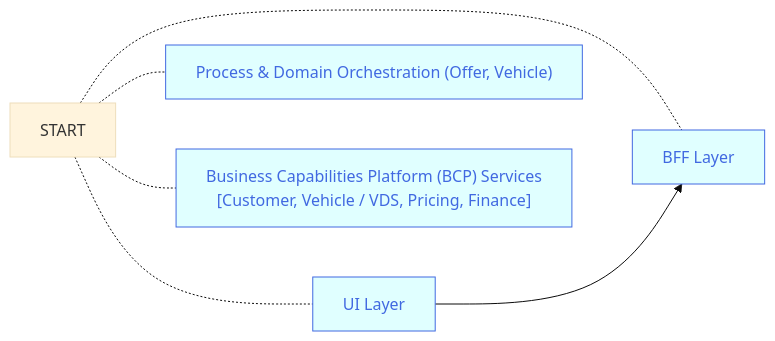
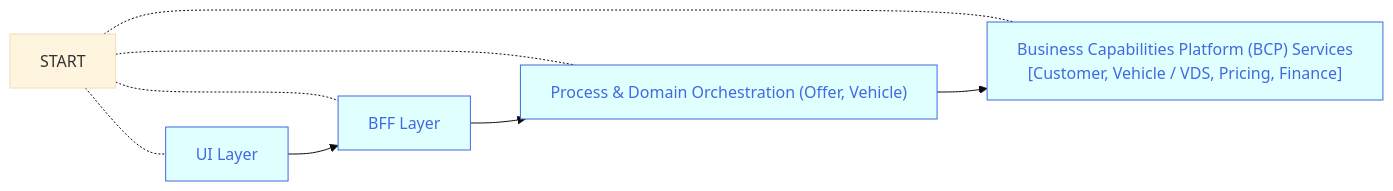
Before and after one commit to joe-dorward/samples: the first of 2 diagrams in buttons_mermaid_v4.md, drawn with Mermaid (base theme).

````diff
--- a/buttons_mermaid_v4.md
+++ b/buttons_mermaid_v4.md
@@ -1,40 +1,40 @@
 ```mermaid
   %%{
     init: {
       "flowchart": { "markdownAutoWrap":"false", "textWrap":"false", "wrappingWidth": "100%" }
     }
   }%%
   flowchart LR
 
   classDef Button fill:lightcyan, stroke:royalblue, color:royalblue;
   classDef Note fill:transparent, stroke-width:0px
   %% ---------- ---------- ---------- ---------- ---------- ---------- ---------- ---------- ---------- ----------
   START[START]
 
     BUTTON_01["UI Layer"]:::Button
     click BUTTON_01 "https://en.wikipedia.org/wiki/Main_Page" _blank
 
     BUTTON_02["BFF Layer"]:::Button
     click BUTTON_02 "https://en.wikipedia.org/wiki/Main_Page" _blank
 
     BUTTON_03["Process & Domain Orchestration (Offer, Vehicle)"]:::Button
     click BUTTON_03 "https://en.wikipedia.org/wiki/Main_Page" _blank
 
     BUTTON_04["Business Capabilities Platform (BCP) Services<br/>[Customer, Vehicle / VDS, Pricing, Finance]"]:::Button
     click BUTTON_04 "https://en.wikipedia.org/wiki/Main_Page" _blank
 
   START-.-
   BUTTON_01
 
   START-.-
   BUTTON_02
 
   START-.-
   BUTTON_03
 
   START-.-
   BUTTON_04
 
-BUTTON_01-->BUTTON_02
+BUTTON_01-->BUTTON_02-->BUTTON_03-->BUTTON_04
 
 ```
````
